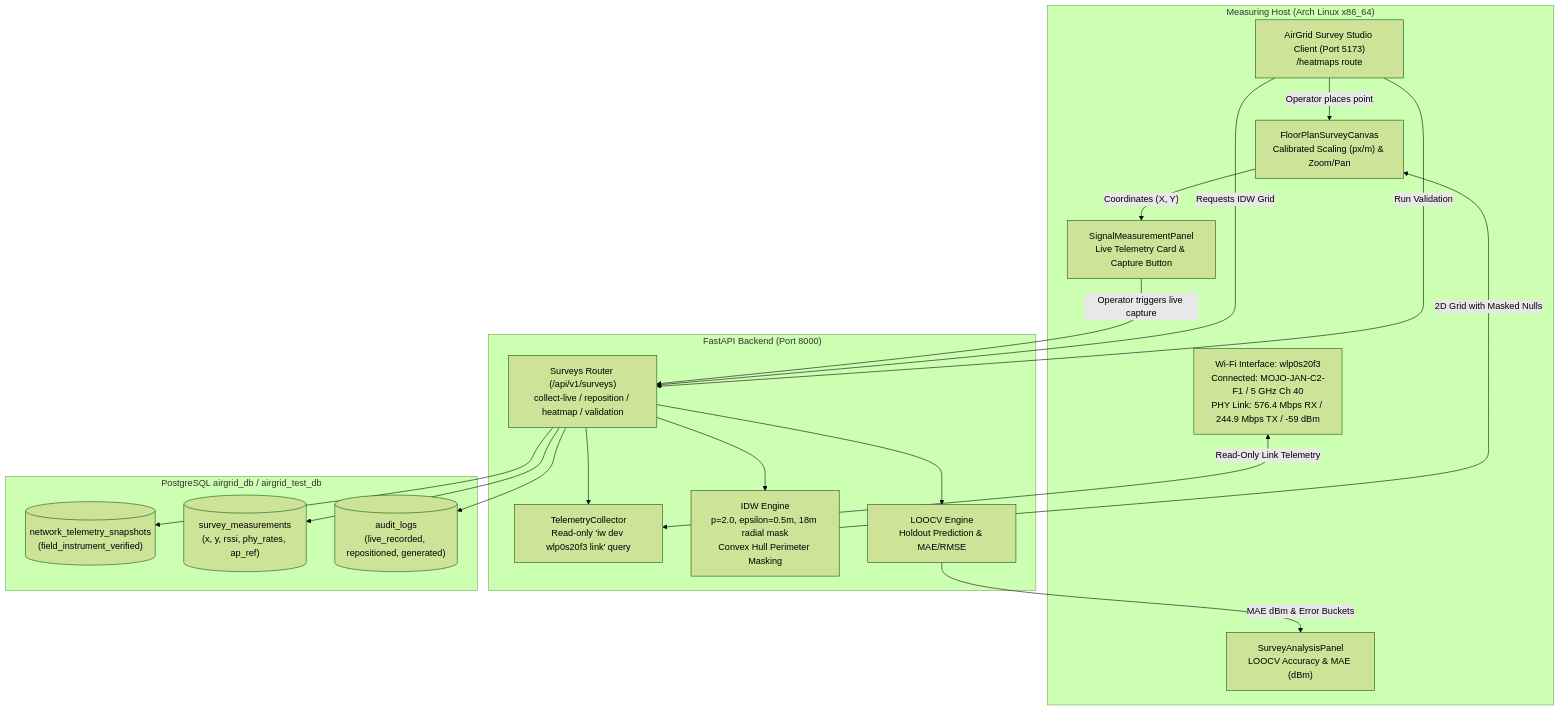
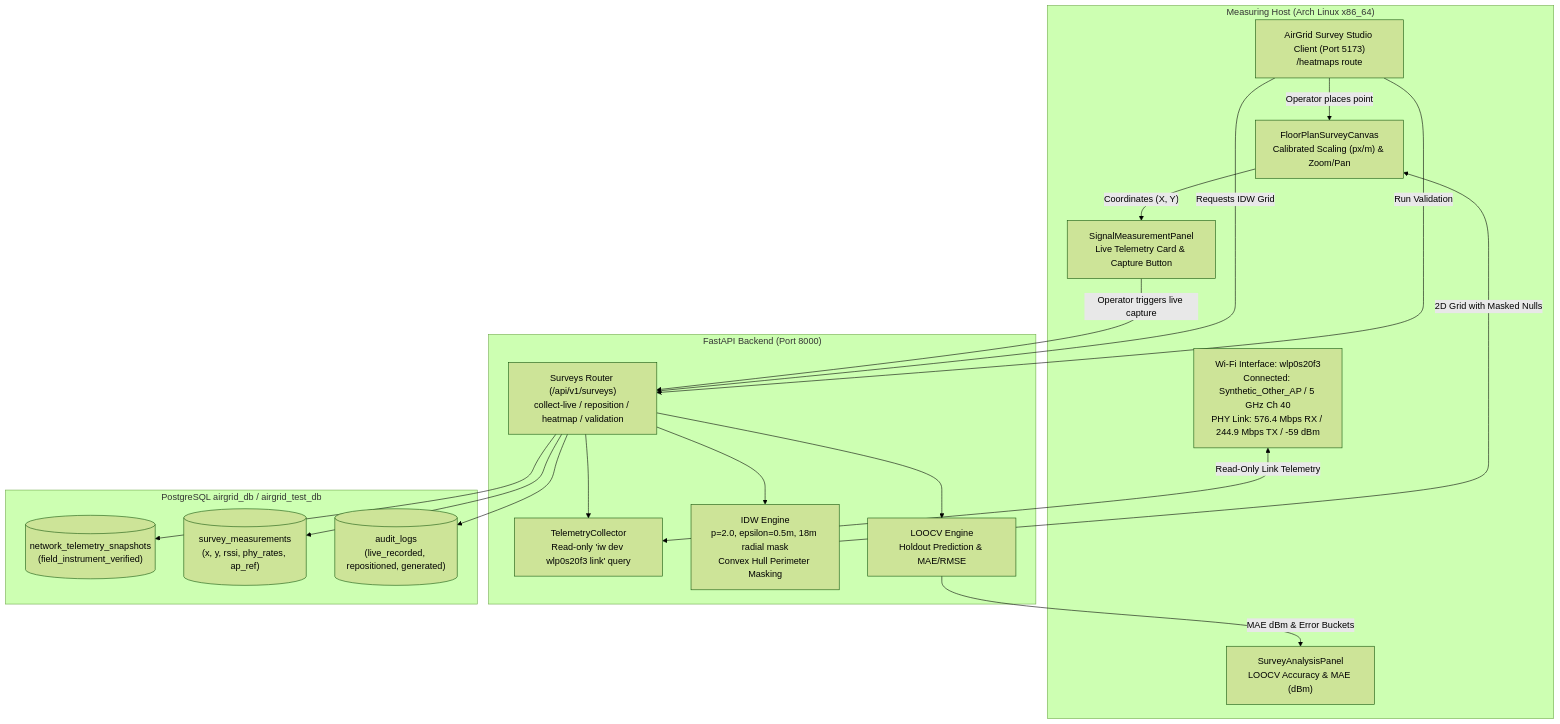
The diagram in docs/development/AIRGRID_REAL_HEATMAP_ACCEPTANCE.md (tej-1916/airgrid), drawn with Mermaid (forest theme) before and after one commit. The commit also changed other lines of this file and 9 other files, not shown here.

````diff
--- a/docs/development/AIRGRID_REAL_HEATMAP_ACCEPTANCE.md
+++ b/docs/development/AIRGRID_REAL_HEATMAP_ACCEPTANCE.md
@@ -39,38 +39,38 @@
 ```mermaid
 flowchart TD
     subgraph Host["Measuring Host (Arch Linux x86_64)"]
-        NIC["Wi-Fi Interface: wlp0s20f3\nConnected: MOJO-JAN-C2-F1 / 5 GHz Ch 40\nPHY Link: 576.4 Mbps RX / 244.9 Mbps TX / -59 dBm"]
+        NIC["Wi-Fi Interface: wlp0s20f3\nConnected: Synthetic_Other_AP / 5 GHz Ch 40\nPHY Link: 576.4 Mbps RX / 244.9 Mbps TX / -59 dBm"]
         Browser["AirGrid Survey Studio Client (Port 5173)\n/heatmaps route"]
         Canvas["FloorPlanSurveyCanvas\nCalibrated Scaling (px/m) & Zoom/Pan"]
         TelemetryPanel["SignalMeasurementPanel\nLive Telemetry Card & Capture Button"]
         AnalysisPanel["SurveyAnalysisPanel\nLOOCV Accuracy & MAE (dBm)"]
     end
 
     subgraph Backend["FastAPI Backend (Port 8000)"]
         SurveyAPI["Surveys Router (/api/v1/surveys)\ncollect-live / reposition / heatmap / validation"]
         Collector["TelemetryCollector\nRead-only 'iw dev wlp0s20f3 link' query"]
         IDWEngine["IDW Engine\np=2.0, epsilon=0.5m, 18m radial mask\nConvex Hull Perimeter Masking"]
         ValidationEngine["LOOCV Engine\nHoldout Prediction & MAE/RMSE"]
     end
 
     subgraph Storage["PostgreSQL airgrid_db / airgrid_test_db"]
         SnapTable[("network_telemetry_snapshots\n(field_instrument_verified)")]
         MeasTable[("survey_measurements\n(x, y, rssi, phy_rates, ap_ref)")]
         AuditTable[("audit_logs\n(live_recorded, repositioned, generated)")]
     end
 
     NIC <-->|"Read-Only Link Telemetry"| Collector
     Browser -->|"Operator places point"| Canvas
     Canvas -->|"Coordinates (X, Y)"| TelemetryPanel
     TelemetryPanel -->|"Operator triggers live capture"| SurveyAPI
     SurveyAPI --> Collector
     SurveyAPI --> SnapTable
     SurveyAPI --> MeasTable
     SurveyAPI --> AuditTable
     Browser -->|"Requests IDW Grid"| SurveyAPI
     SurveyAPI --> IDWEngine
     IDWEngine -->|"2D Grid with Masked Nulls"| Canvas
     Browser -->|"Run Validation"| SurveyAPI
     SurveyAPI --> ValidationEngine
     ValidationEngine -->|"MAE dBm & Error Buckets"| AnalysisPanel
 ```
````
